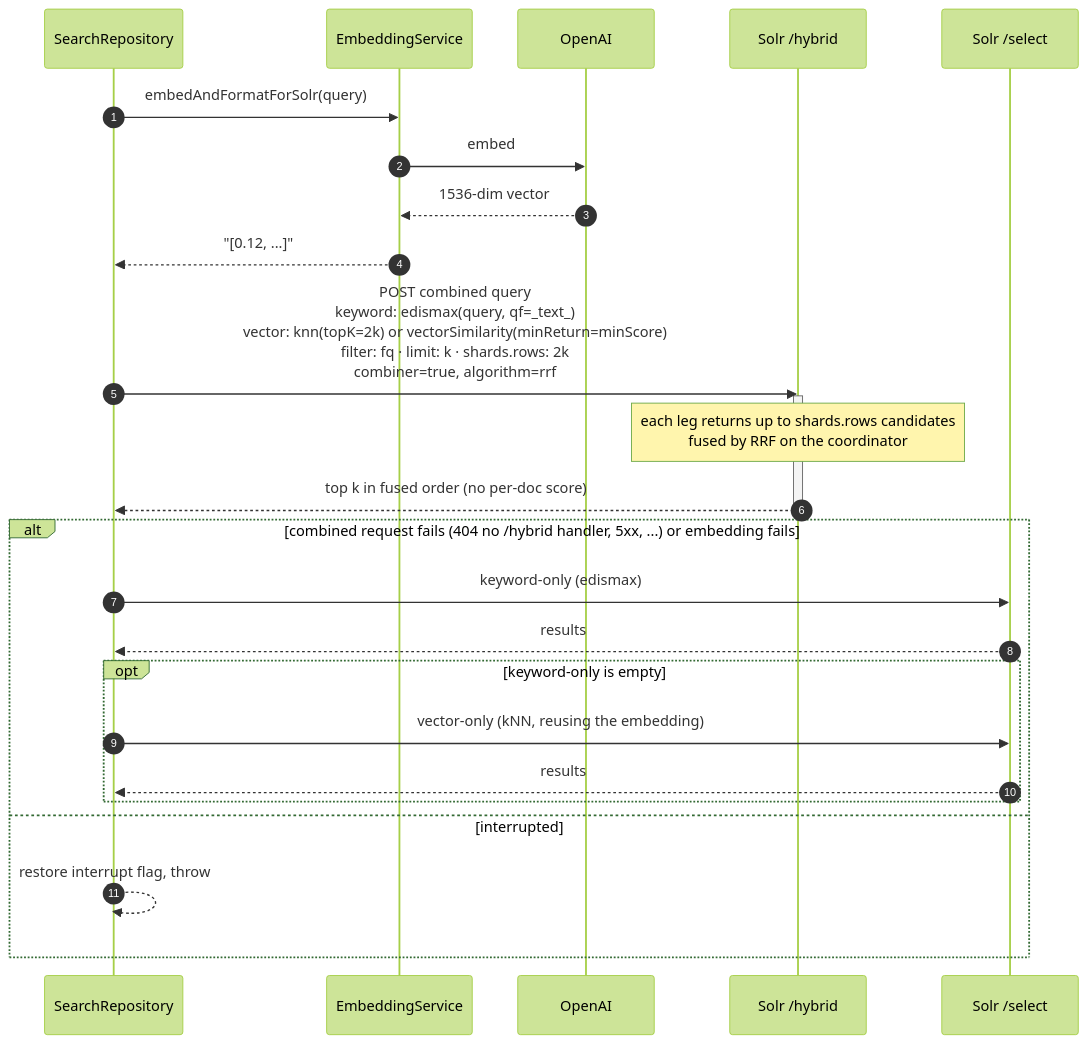
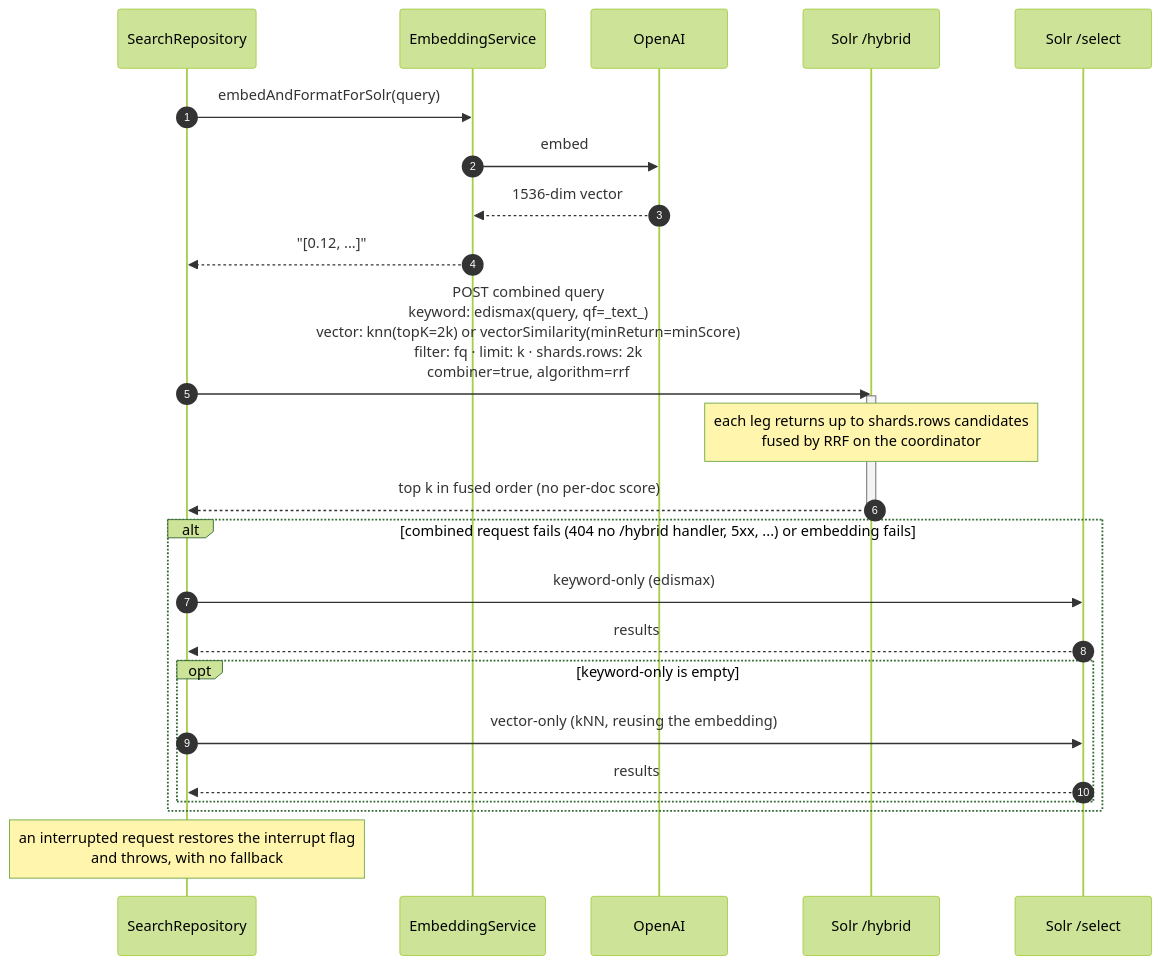
Before and after one commit to adityamparikh/ai-powered-search: the second of 4 diagrams in docs/architecture.md, drawn with Mermaid (forest theme). The commit also changed other lines of this file and 1 other file, not shown here.

````diff
--- a/docs/architecture.md
+++ b/docs/architecture.md
@@ -74,31 +78,30 @@
 ```mermaid
 sequenceDiagram
     autonumber
     participant SR as SearchRepository
     participant E as EmbeddingService
     participant OAI as OpenAI
     participant H as Solr /hybrid
     participant S as Solr /select
 
     SR->>E: embedAndFormatForSolr(query)
     E->>OAI: embed
     OAI-->>E: 1536-dim vector
     E-->>SR: "[0.12, ...]"
 
     SR->>H: POST combined query<br/>keyword: edismax(query, qf=_text_)<br/>vector: knn(topK=2k) or vectorSimilarity(minReturn=minScore)<br/>filter: fq · limit: k · shards.rows: 2k<br/>combiner=true, algorithm=rrf
     activate H
     Note over H: each leg returns up to shards.rows candidates<br/>fused by RRF on the coordinator
     H-->>SR: top k in fused order (no per-doc score)
     deactivate H
 
     alt combined request fails (404 no /hybrid handler, 5xx, ...) or embedding fails
         SR->>S: keyword-only (edismax)
         S-->>SR: results
         opt keyword-only is empty
             SR->>S: vector-only (kNN, reusing the embedding)
             S-->>SR: results
         end
-    else interrupted
-        SR-->>SR: restore interrupt flag, throw
     end
+    Note over SR: an interrupted request restores the interrupt flag<br/>and throws, with no fallback
 ```
````
